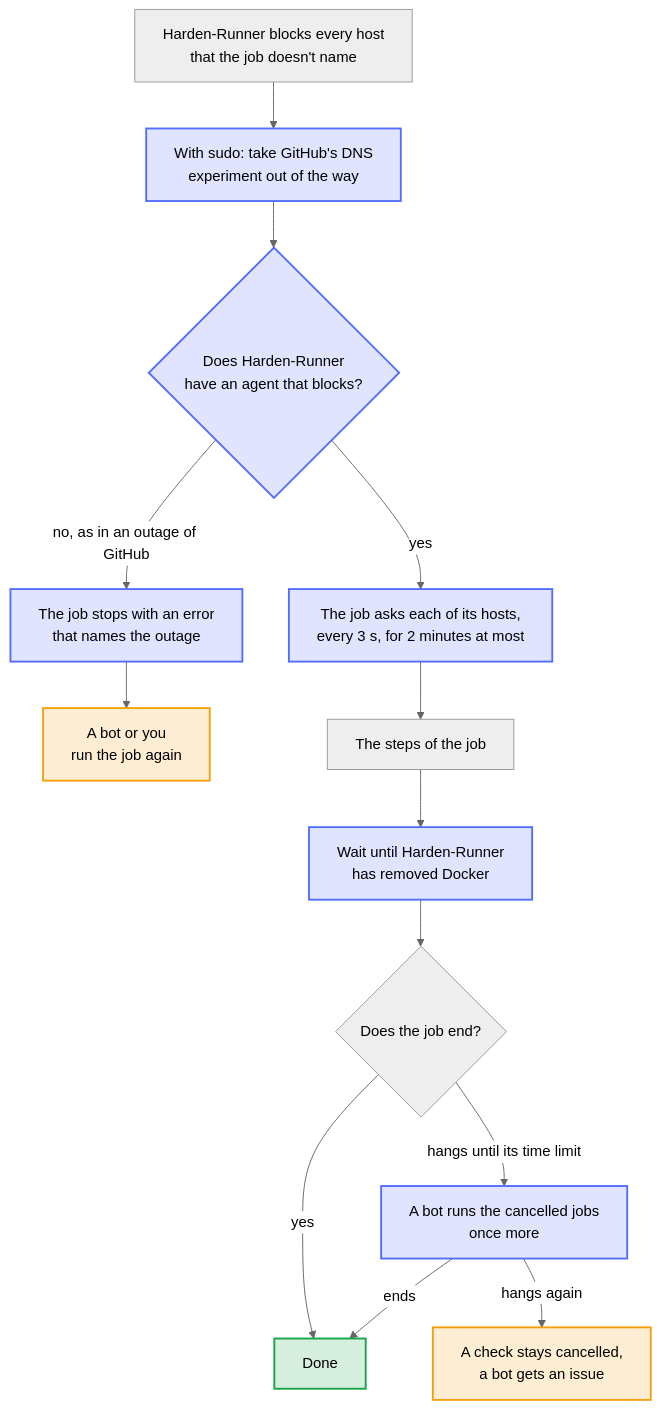
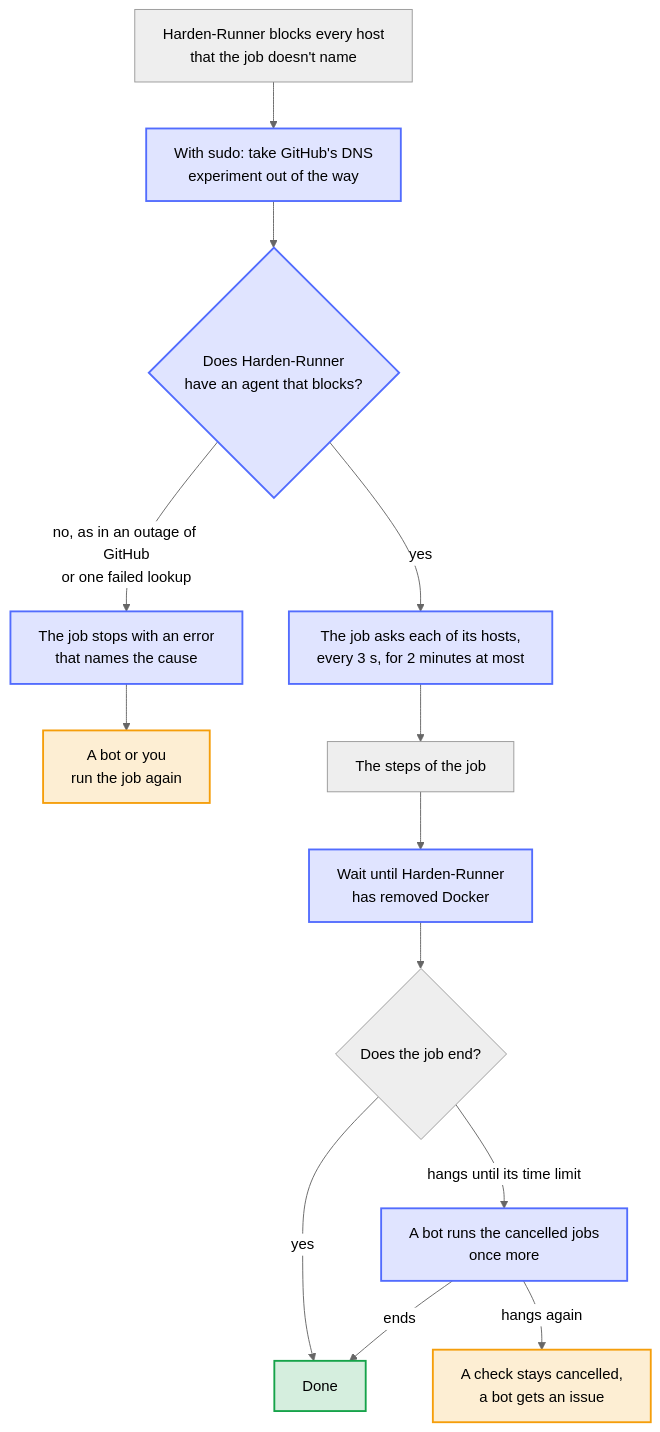
One commit to Dennis-Otto/repo-blueprint changed the diagram in docs/diagrams/a-job-behind-harden-runner.mmd. Above: the diagram before and after it, drawn with Mermaid (neutral theme). The commit also changed 48 other files, not shown here.

First line of the commit message:
fix(harden-runner): a job that one failed lookup stopped names the host (#1014)

```diff
--- a/docs/diagrams/a-job-behind-harden-runner.mmd
+++ b/docs/diagrams/a-job-behind-harden-runner.mmd
@@ -1,41 +1,41 @@
 ---
 config:
   flowchart:
     wrappingWidth: 400
 ---
 flowchart TB
     accTitle: A job behind Harden-Runner
-    accDescr: Harden-Runner blocks every host that the job doesn't name. A job that keeps sudo first takes GitHub's DNS experiment out of the way, so that Harden-Runner sees its lookups. When Harden-Runner has no agent that blocks, as when an outage of GitHub kept it from downloading the agent, the job stops with an error that names it, and a bot or you run it again. Otherwise the job asks each of its hosts every 3 seconds, for two minutes at most, until Harden-Runner lets it through, and runs its steps. Without sudo and Docker, it waits until Harden-Runner has removed Docker. A job that ends is done. One that hangs until its time limit ends as cancelled, and a bot runs its cancelled jobs once more; when that hangs too, a required check stays cancelled for you, and a bot gets an issue.
+    accDescr: Harden-Runner blocks every host that the job doesn't name. A job that keeps sudo first takes GitHub's DNS experiment out of the way, so that Harden-Runner sees its lookups. When Harden-Runner has no agent that blocks, as when an outage of GitHub kept it from downloading the agent or one failed lookup made the agent take itself away, the job stops with an error that names the cause, and a bot or you run it again. Otherwise the job asks each of its hosts every 3 seconds, for two minutes at most, until Harden-Runner lets it through, and runs its steps. Without sudo and Docker, it waits until Harden-Runner has removed Docker. A job that ends is done. One that hangs until its time limit ends as cancelled, and a bot runs its cancelled jobs once more; when that hangs too, a required check stays cancelled for you, and a bot gets an issue.
 
     block["Harden-Runner blocks every host<br>that the job doesn't name"]
     dns["With sudo: take GitHub's DNS<br>experiment out of the way"]
     agent{"Does Harden-Runner<br>have an agent that blocks?"}
-    stop["The job stops with an error<br>that names the outage"]
+    stop["The job stops with an error<br>that names the cause"]
     rerun["A bot or you<br>run the job again"]
     warm["The job asks each of its hosts,<br>every 3 s, for 2 minutes at most"]
     steps["The steps of the job"]
     docker["Wait until Harden-Runner<br>has removed Docker"]
     ends{"Does the job end?"}
     done["Done"]
     again["A bot runs the cancelled jobs<br>once more"]
     you["A check stays cancelled,<br>a bot gets an issue"]
 
     block --> dns
     dns --> agent
     agent -- "yes" --> warm
-    agent -- "no, as in an outage of GitHub" --> stop
+    agent -- "no, as in an outage of GitHub<br>or one failed lookup" --> stop
     stop --> rerun
     warm --> steps
     steps --> docker
     docker --> ends
     ends -- "yes" --> done
     ends -- "hangs until its time limit" --> again
     again -- "ends" --> done
     again -- "hangs again" --> you
 
     classDef bot fill:#526cfe2e,stroke:#526cfe,stroke-width:2px
     classDef person fill:#f59e0b2e,stroke:#f59e0b,stroke-width:2px
     classDef done fill:#16a34a2e,stroke:#16a34a,stroke-width:2px
     class dns,agent,stop,warm,docker,again bot
     class you,rerun person
     class done done
```
